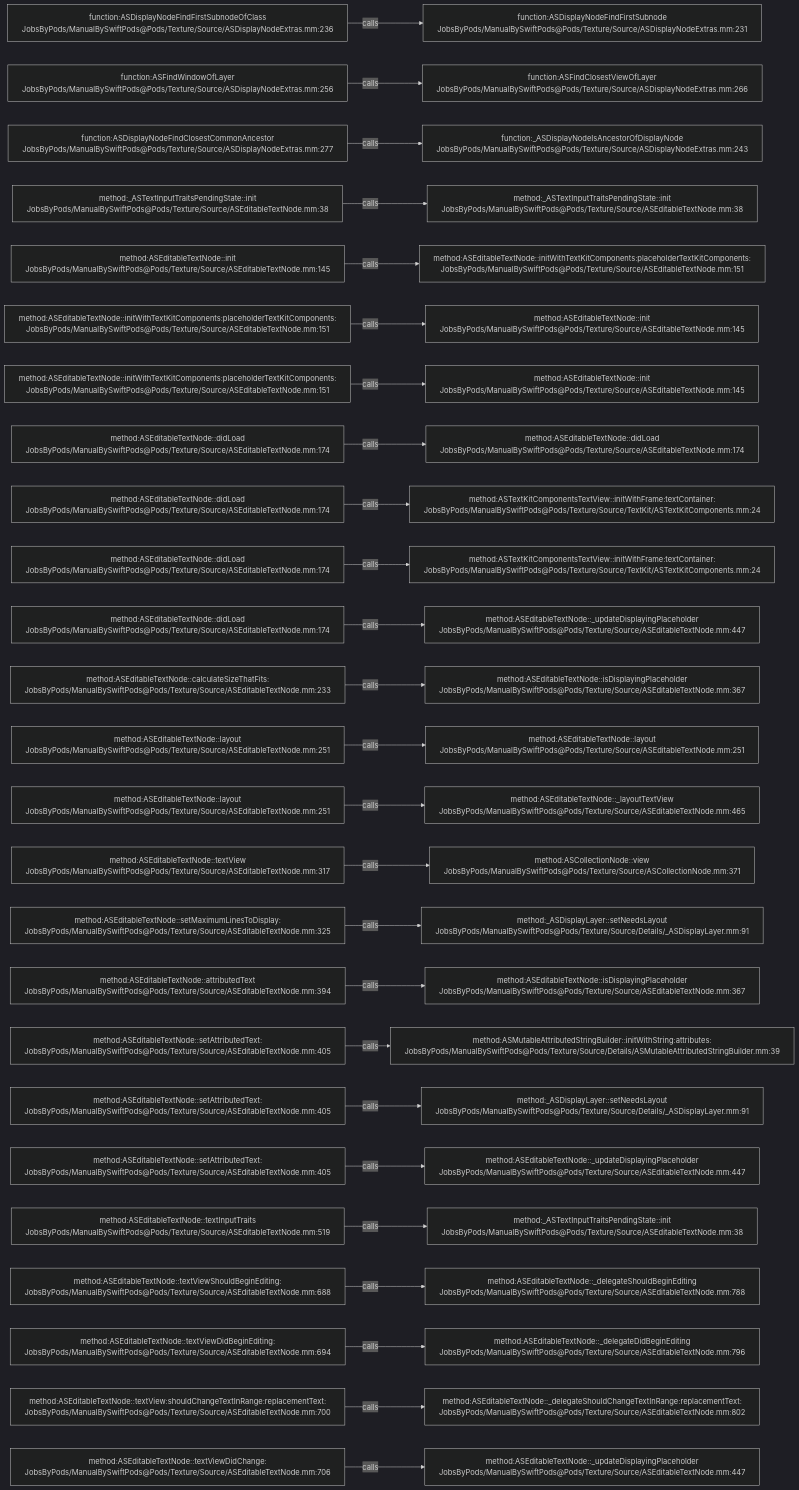
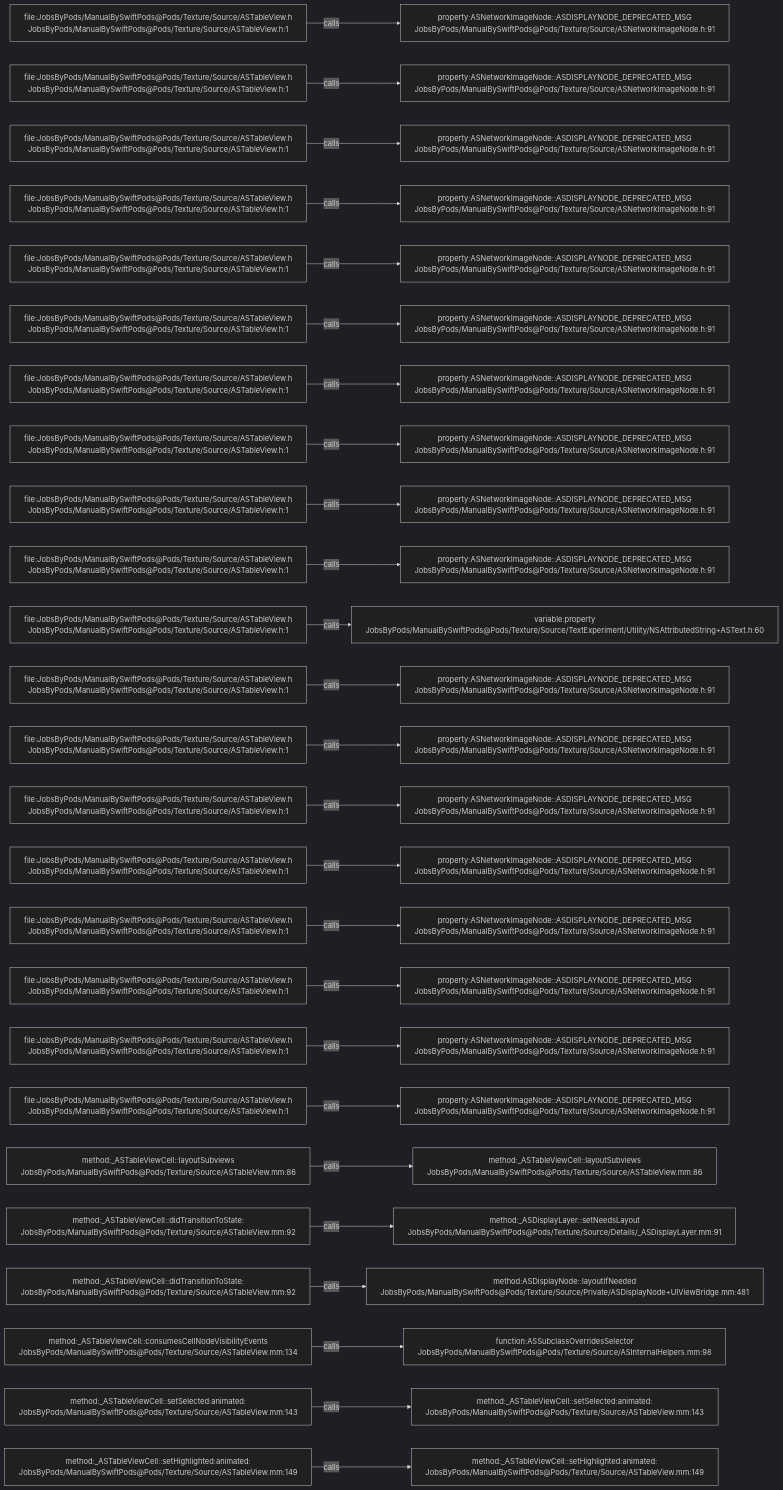
The diagram in .codegraph/codegraph.md/graphs/calls-058.md (JobsKits/JobsSwiftBaseConfigDemo), drawn with Mermaid (dark theme) before and after one commit. The commit also changed 832 other files, not shown here.

````diff
--- a/.codegraph/codegraph.md/graphs/calls-058.md
+++ b/.codegraph/codegraph.md/graphs/calls-058.md
@@ -13,78 +13,78 @@
 ```mermaid
 flowchart LR
-  S1["function:ASDisplayNodeFindFirstSubnodeOfClass<br/>JobsByPods/ManualBySwiftPods@Pods/Texture/Source/ASDisplayNodeExtras.mm:236"]
-  T1["function:ASDisplayNodeFindFirstSubnode<br/>JobsByPods/ManualBySwiftPods@Pods/Texture/Source/ASDisplayNodeExtras.mm:231"]
+  S1["file:JobsByPods/ManualBySwiftPods@Pods/Texture/Source/ASTableView.h<br/>JobsByPods/ManualBySwiftPods@Pods/Texture/Source/ASTableView.h:1"]
+  T1["property:ASNetworkImageNode::ASDISPLAYNODE_DEPRECATED_MSG<br/>JobsByPods/ManualBySwiftPods@Pods/Texture/Source/ASNetworkImageNode.h:91"]
   S1 -->|calls| T1
-  S2["function:ASFindWindowOfLayer<br/>JobsByPods/ManualBySwiftPods@Pods/Texture/Source/ASDisplayNodeExtras.mm:256"]
-  T2["function:ASFindClosestViewOfLayer<br/>JobsByPods/ManualBySwiftPods@Pods/Texture/Source/ASDisplayNodeExtras.mm:266"]
+  S2["file:JobsByPods/ManualBySwiftPods@Pods/Texture/Source/ASTableView.h<br/>JobsByPods/ManualBySwiftPods@Pods/Texture/Source/ASTableView.h:1"]
+  T2["property:ASNetworkImageNode::ASDISPLAYNODE_DEPRECATED_MSG<br/>JobsByPods/ManualBySwiftPods@Pods/Texture/Source/ASNetworkImageNode.h:91"]
   S2 -->|calls| T2
-  S3["function:ASDisplayNodeFindClosestCommonAncestor<br/>JobsByPods/ManualBySwiftPods@Pods/Texture/Source/ASDisplayNodeExtras.mm:277"]
-  T3["function:_ASDisplayNodeIsAncestorOfDisplayNode<br/>JobsByPods/ManualBySwiftPods@Pods/Texture/Source/ASDisplayNodeExtras.mm:243"]
+  S3["file:JobsByPods/ManualBySwiftPods@Pods/Texture/Source/ASTableView.h<br/>JobsByPods/ManualBySwiftPods@Pods/Texture/Source/ASTableView.h:1"]
+  T3["property:ASNetworkImageNode::ASDISPLAYNODE_DEPRECATED_MSG<br/>JobsByPods/ManualBySwiftPods@Pods/Texture/Source/ASNetworkImageNode.h:91"]
   S3 -->|calls| T3
-  S4["method:_ASTextInputTraitsPendingState::init<br/>JobsByPods/ManualBySwiftPods@Pods/Texture/Source/ASEditableTextNode.mm:38"]
-  T4["method:_ASTextInputTraitsPendingState::init<br/>JobsByPods/ManualBySwiftPods@Pods/Texture/Source/ASEditableTextNode.mm:38"]
+  S4["file:JobsByPods/ManualBySwiftPods@Pods/Texture/Source/ASTableView.h<br/>JobsByPods/ManualBySwiftPods@Pods/Texture/Source/ASTableView.h:1"]
+  T4["property:ASNetworkImageNode::ASDISPLAYNODE_DEPRECATED_MSG<br/>JobsByPods/ManualBySwiftPods@Pods/Texture/Source/ASNetworkImageNode.h:91"]
   S4 -->|calls| T4
-  S5["method:ASEditableTextNode::init<br/>JobsByPods/ManualBySwiftPods@Pods/Texture/Source/ASEditableTextNode.mm:145"]
-  T5["method:ASEditableTextNode::initWithTextKitComponents:placeholderTextKitComponents:<br/>JobsByPods/ManualBySwiftPods@Pods/Texture/Source/ASEditableTextNode.mm:151"]
+  S5["file:JobsByPods/ManualBySwiftPods@Pods/Texture/Source/ASTableView.h<br/>JobsByPods/ManualBySwiftPods@Pods/Texture/Source/ASTableView.h:1"]
+  T5["property:ASNetworkImageNode::ASDISPLAYNODE_DEPRECATED_MSG<br/>JobsByPods/ManualBySwiftPods@Pods/Texture/Source/ASNetworkImageNode.h:91"]
   S5 -->|calls| T5
-  S6["method:ASEditableTextNode::initWithTextKitComponents:placeholderTextKitComponents:<br/>JobsByPods/ManualBySwiftPods@Pods/Texture/Source/ASEditableTextNode.mm:151"]
-  T6["method:ASEditableTextNode::init<br/>JobsByPods/ManualBySwiftPods@Pods/Texture/Source/ASEditableTextNode.mm:145"]
+  S6["file:JobsByPods/ManualBySwiftPods@Pods/Texture/Source/ASTableView.h<br/>JobsByPods/ManualBySwiftPods@Pods/Texture/Source/ASTableView.h:1"]
+  T6["property:ASNetworkImageNode::ASDISPLAYNODE_DEPRECATED_MSG<br/>JobsByPods/ManualBySwiftPods@Pods/Texture/Source/ASNetworkImageNode.h:91"]
   S6 -->|calls| T6
-  S7["method:ASEditableTextNode::initWithTextKitComponents:placeholderTextKitComponents:<br/>JobsByPods/ManualBySwiftPods@Pods/Texture/Source/ASEditableTextNode.mm:151"]
-  T7["method:ASEditableTextNode::init<br/>JobsByPods/ManualBySwiftPods@Pods/Texture/Source/ASEditableTextNode.mm:145"]
+  S7["file:JobsByPods/ManualBySwiftPods@Pods/Texture/Source/ASTableView.h<br/>JobsByPods/ManualBySwiftPods@Pods/Texture/Source/ASTableView.h:1"]
+  T7["property:ASNetworkImageNode::ASDISPLAYNODE_DEPRECATED_MSG<br/>JobsByPods/ManualBySwiftPods@Pods/Texture/Source/ASNetworkImageNode.h:91"]
   S7 -->|calls| T7
-  S8["method:ASEditableTextNode::didLoad<br/>JobsByPods/ManualBySwiftPods@Pods/Texture/Source/ASEditableTextNode.mm:174"]
-  T8["method:ASEditableTextNode::didLoad<br/>JobsByPods/ManualBySwiftPods@Pods/Texture/Source/ASEditableTextNode.mm:174"]
+  S8["file:JobsByPods/ManualBySwiftPods@Pods/Texture/Source/ASTableView.h<br/>JobsByPods/ManualBySwiftPods@Pods/Texture/Source/ASTableView.h:1"]
+  T8["property:ASNetworkImageNode::ASDISPLAYNODE_DEPRECATED_MSG<br/>JobsByPods/ManualBySwiftPods@Pods/Texture/Source/ASNetworkImageNode.h:91"]
   S8 -->|calls| T8
-  S9["method:ASEditableTextNode::didLoad<br/>JobsByPods/ManualBySwiftPods@Pods/Texture/Source/ASEditableTextNode.mm:174"]
-  T9["method:ASTextKitComponentsTextView::initWithFrame:textContainer:<br/>JobsByPods/ManualBySwiftPods@Pods/Texture/Source/TextKit/ASTextKitComponents.mm:24"]
+  S9["file:JobsByPods/ManualBySwiftPods@Pods/Texture/Source/ASTableView.h<br/>JobsByPods/ManualBySwiftPods@Pods/Texture/Source/ASTableView.h:1"]
+  T9["property:ASNetworkImageNode::ASDISPLAYNODE_DEPRECATED_MSG<br/>JobsByPods/ManualBySwiftPods@Pods/Texture/Source/ASNetworkImageNode.h:91"]
   S9 -->|calls| T9
-  S10["method:ASEditableTextNode::didLoad<br/>JobsByPods/ManualBySwiftPods@Pods/Texture/Source/ASEditableTextNode.mm:174"]
-  T10["method:ASTextKitComponentsTextView::initWithFrame:textContainer:<br/>JobsByPods/ManualBySwiftPods@Pods/Texture/Source/TextKit/ASTextKitComponents.mm:24"]
+  S10["file:JobsByPods/ManualBySwiftPods@Pods/Texture/Source/ASTableView.h<br/>JobsByPods/ManualBySwiftPods@Pods/Texture/Source/ASTableView.h:1"]
+  T10["property:ASNetworkImageNode::ASDISPLAYNODE_DEPRECATED_MSG<br/>JobsByPods/ManualBySwiftPods@Pods/Texture/Source/ASNetworkImageNode.h:91"]
   S10 -->|calls| T10
-  S11["method:ASEditableTextNode::didLoad<br/>JobsByPods/ManualBySwiftPods@Pods/Texture/Source/ASEditableTextNode.mm:174"]
-  T11["method:ASEditableTextNode::_updateDisplayingPlaceholder<br/>JobsByPods/ManualBySwiftPods@Pods/Texture/Source/ASEditableTextNode.mm:447"]
+  S11["file:JobsByPods/ManualBySwiftPods@Pods/Texture/Source/ASTableView.h<br/>JobsByPods/ManualBySwiftPods@Pods/Texture/Source/ASTableView.h:1"]
+  T11["variable:property<br/>JobsByPods/ManualBySwiftPods@Pods/Texture/Source/TextExperiment/Utility/NSAttributedString+ASText.h:60"]
   S11 -->|calls| T11
-  S12["method:ASEditableTextNode::calculateSizeThatFits:<br/>JobsByPods/ManualBySwiftPods@Pods/Texture/Source/ASEditableTextNode.mm:233"]
-  T12["method:ASEditableTextNode::isDisplayingPlaceholder<br/>JobsByPods/ManualBySwiftPods@Pods/Texture/Source/ASEditableTextNode.mm:367"]
+  S12["file:JobsByPods/ManualBySwiftPods@Pods/Texture/Source/ASTableView.h<br/>JobsByPods/ManualBySwiftPods@Pods/Texture/Source/ASTableView.h:1"]
+  T12["property:ASNetworkImageNode::ASDISPLAYNODE_DEPRECATED_MSG<br/>JobsByPods/ManualBySwiftPods@Pods/Texture/Source/ASNetworkImageNode.h:91"]
   S12 -->|calls| T12
-  S13["method:ASEditableTextNode::layout<br/>JobsByPods/ManualBySwiftPods@Pods/Texture/Source/ASEditableTextNode.mm:251"]
-  T13["method:ASEditableTextNode::layout<br/>JobsByPods/ManualBySwiftPods@Pods/Texture/Source/ASEditableTextNode.mm:251"]
+  S13["file:JobsByPods/ManualBySwiftPods@Pods/Texture/Source/ASTableView.h<br/>JobsByPods/ManualBySwiftPods@Pods/Texture/Source/ASTableView.h:1"]
+  T13["property:ASNetworkImageNode::ASDISPLAYNODE_DEPRECATED_MSG<br/>JobsByPods/ManualBySwiftPods@Pods/Texture/Source/ASNetworkImageNode.h:91"]
   S13 -->|calls| T13
-  S14["method:ASEditableTextNode::layout<br/>JobsByPods/ManualBySwiftPods@Pods/Texture/Source/ASEditableTextNode.mm:251"]
-  T14["method:ASEditableTextNode::_layoutTextView<br/>JobsByPods/ManualBySwiftPods@Pods/Texture/Source/ASEditableTextNode.mm:465"]
+  S14["file:JobsByPods/ManualBySwiftPods@Pods/Texture/Source/ASTableView.h<br/>JobsByPods/ManualBySwiftPods@Pods/Texture/Source/ASTableView.h:1"]
+  T14["property:ASNetworkImageNode::ASDISPLAYNODE_DEPRECATED_MSG<br/>JobsByPods/ManualBySwiftPods@Pods/Texture/Source/ASNetworkImageNode.h:91"]
   S14 -->|calls| T14
-  S15["method:ASEditableTextNode::textView<br/>JobsByPods/ManualBySwiftPods@Pods/Texture/Source/ASEditableTextNode.mm:317"]
-  T15["method:ASCollectionNode::view<br/>JobsByPods/ManualBySwiftPods@Pods/Texture/Source/ASCollectionNode.mm:371"]
+  S15["file:JobsByPods/ManualBySwiftPods@Pods/Texture/Source/ASTableView.h<br/>JobsByPods/ManualBySwiftPods@Pods/Texture/Source/ASTableView.h:1"]
+  T15["property:ASNetworkImageNode::ASDISPLAYNODE_DEPRECATED_MSG<br/>JobsByPods/ManualBySwiftPods@Pods/Texture/Source/ASNetworkImageNode.h:91"]
   S15 -->|calls| T15
-  S16["method:ASEditableTextNode::setMaximumLinesToDisplay:<br/>JobsByPods/ManualBySwiftPods@Pods/Texture/Source/ASEditableTextNode.mm:325"]
-  T16["method:_ASDisplayLayer::setNeedsLayout<br/>JobsByPods/ManualBySwiftPods@Pods/Texture/Source/Details/_ASDisplayLayer.mm:91"]
+  S16["file:JobsByPods/ManualBySwiftPods@Pods/Texture/Source/ASTableView.h<br/>JobsByPods/ManualBySwiftPods@Pods/Texture/Source/ASTableView.h:1"]
+  T16["property:ASNetworkImageNode::ASDISPLAYNODE_DEPRECATED_MSG<br/>JobsByPods/ManualBySwiftPods@Pods/Texture/Source/ASNetworkImageNode.h:91"]
   S16 -->|calls| T16
-  S17["method:ASEditableTextNode::attributedText<br/>JobsByPods/ManualBySwiftPods@Pods/Texture/Source/ASEditableTextNode.mm:394"]
-  T17["method:ASEditableTextNode::isDisplayingPlaceholder<br/>JobsByPods/ManualBySwiftPods@Pods/Texture/Source/ASEditableTextNode.mm:367"]
+  S17["file:JobsByPods/ManualBySwiftPods@Pods/Texture/Source/ASTableView.h<br/>JobsByPods/ManualBySwiftPods@Pods/Texture/Source/ASTableView.h:1"]
+  T17["property:ASNetworkImageNode::ASDISPLAYNODE_DEPRECATED_MSG<br/>JobsByPods/ManualBySwiftPods@Pods/Texture/Source/ASNetworkImageNode.h:91"]
   S17 -->|calls| T17
-  S18["method:ASEditableTextNode::setAttributedText:<br/>JobsByPods/ManualBySwiftPods@Pods/Texture/Source/ASEditableTextNode.mm:405"]
-  T18["method:ASMutableAttributedStringBuilder::initWithString:attributes:<br/>JobsByPods/ManualBySwiftPods@Pods/Texture/Source/Details/ASMutableAttributedStringBuilder.mm:39"]
+  S18["file:JobsByPods/ManualBySwiftPods@Pods/Texture/Source/ASTableView.h<br/>JobsByPods/ManualBySwiftPods@Pods/Texture/Source/ASTableView.h:1"]
+  T18["property:ASNetworkImageNode::ASDISPLAYNODE_DEPRECATED_MSG<br/>JobsByPods/ManualBySwiftPods@Pods/Texture/Source/ASNetworkImageNode.h:91"]
   S18 -->|calls| T18
-  S19["method:ASEditableTextNode::setAttributedText:<br/>JobsByPods/ManualBySwiftPods@Pods/Texture/Source/ASEditableTextNode.mm:405"]
-  T19["method:_ASDisplayLayer::setNeedsLayout<br/>JobsByPods/ManualBySwiftPods@Pods/Texture/Source/Details/_ASDisplayLayer.mm:91"]
+  S19["file:JobsByPods/ManualBySwiftPods@Pods/Texture/Source/ASTableView.h<br/>JobsByPods/ManualBySwiftPods@Pods/Texture/Source/ASTableView.h:1"]
+  T19["property:ASNetworkImageNode::ASDISPLAYNODE_DEPRECATED_MSG<br/>JobsByPods/ManualBySwiftPods@Pods/Texture/Source/ASNetworkImageNode.h:91"]
   S19 -->|calls| T19
-  S20["method:ASEditableTextNode::setAttributedText:<br/>JobsByPods/ManualBySwiftPods@Pods/Texture/Source/ASEditableTextNode.mm:405"]
-  T20["method:ASEditableTextNode::_updateDisplayingPlaceholder<br/>JobsByPods/ManualBySwiftPods@Pods/Texture/Source/ASEditableTextNode.mm:447"]
+  S20["method:_ASTableViewCell::layoutSubviews<br/>JobsByPods/ManualBySwiftPods@Pods/Texture/Source/ASTableView.mm:86"]
+  T20["method:_ASTableViewCell::layoutSubviews<br/>JobsByPods/ManualBySwiftPods@Pods/Texture/Source/ASTableView.mm:86"]
   S20 -->|calls| T20
-  S21["method:ASEditableTextNode::textInputTraits<br/>JobsByPods/ManualBySwiftPods@Pods/Texture/Source/ASEditableTextNode.mm:519"]
-  T21["method:_ASTextInputTraitsPendingState::init<br/>JobsByPods/ManualBySwiftPods@Pods/Texture/Source/ASEditableTextNode.mm:38"]
+  S21["method:_ASTableViewCell::didTransitionToState:<br/>JobsByPods/ManualBySwiftPods@Pods/Texture/Source/ASTableView.mm:92"]
+  T21["method:_ASDisplayLayer::setNeedsLayout<br/>JobsByPods/ManualBySwiftPods@Pods/Texture/Source/Details/_ASDisplayLayer.mm:91"]
   S21 -->|calls| T21
-  S22["method:ASEditableTextNode::textViewShouldBeginEditing:<br/>JobsByPods/ManualBySwiftPods@Pods/Texture/Source/ASEditableTextNode.mm:688"]
-  T22["method:ASEditableTextNode::_delegateShouldBeginEditing<br/>JobsByPods/ManualBySwiftPods@Pods/Texture/Source/ASEditableTextNode.mm:788"]
+  S22["method:_ASTableViewCell::didTransitionToState:<br/>JobsByPods/ManualBySwiftPods@Pods/Texture/Source/ASTableView.mm:92"]
+  T22["method:ASDisplayNode::layoutIfNeeded<br/>JobsByPods/ManualBySwiftPods@Pods/Texture/Source/Private/ASDisplayNode+UIViewBridge.mm:481"]
   S22 -->|calls| T22
-  S23["method:ASEditableTextNode::textViewDidBeginEditing:<br/>JobsByPods/ManualBySwiftPods@Pods/Texture/Source/ASEditableTextNode.mm:694"]
-  T23["method:ASEditableTextNode::_delegateDidBeginEditing<br/>JobsByPods/ManualBySwiftPods@Pods/Texture/Source/ASEditableTextNode.mm:796"]
+  S23["method:_ASTableViewCell::consumesCellNodeVisibilityEvents<br/>JobsByPods/ManualBySwiftPods@Pods/Texture/Source/ASTableView.mm:134"]
+  T23["function:ASSubclassOverridesSelector<br/>JobsByPods/ManualBySwiftPods@Pods/Texture/Source/ASInternalHelpers.mm:98"]
   S23 -->|calls| T23
-  S24["method:ASEditableTextNode::textView:shouldChangeTextInRange:replacementText:<br/>JobsByPods/ManualBySwiftPods@Pods/Texture/Source/ASEditableTextNode.mm:700"]
-  T24["method:ASEditableTextNode::_delegateShouldChangeTextInRange:replacementText:<br/>JobsByPods/ManualBySwiftPods@Pods/Texture/Source/ASEditableTextNode.mm:802"]
+  S24["method:_ASTableViewCell::setSelected:animated:<br/>JobsByPods/ManualBySwiftPods@Pods/Texture/Source/ASTableView.mm:143"]
+  T24["method:_ASTableViewCell::setSelected:animated:<br/>JobsByPods/ManualBySwiftPods@Pods/Texture/Source/ASTableView.mm:143"]
   S24 -->|calls| T24
-  S25["method:ASEditableTextNode::textViewDidChange:<br/>JobsByPods/ManualBySwiftPods@Pods/Texture/Source/ASEditableTextNode.mm:706"]
-  T25["method:ASEditableTextNode::_updateDisplayingPlaceholder<br/>JobsByPods/ManualBySwiftPods@Pods/Texture/Source/ASEditableTextNode.mm:447"]
+  S25["method:_ASTableViewCell::setHighlighted:animated:<br/>JobsByPods/ManualBySwiftPods@Pods/Texture/Source/ASTableView.mm:149"]
+  T25["method:_ASTableViewCell::setHighlighted:animated:<br/>JobsByPods/ManualBySwiftPods@Pods/Texture/Source/ASTableView.mm:149"]
   S25 -->|calls| T25
 ```
````
